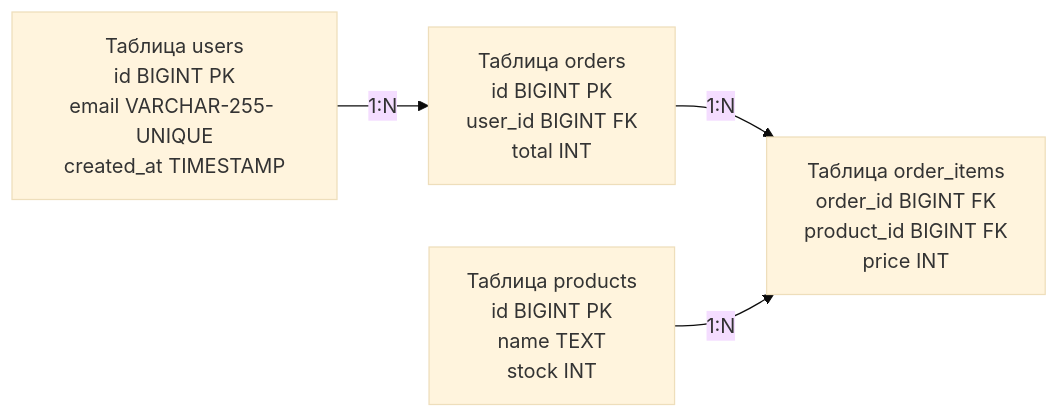
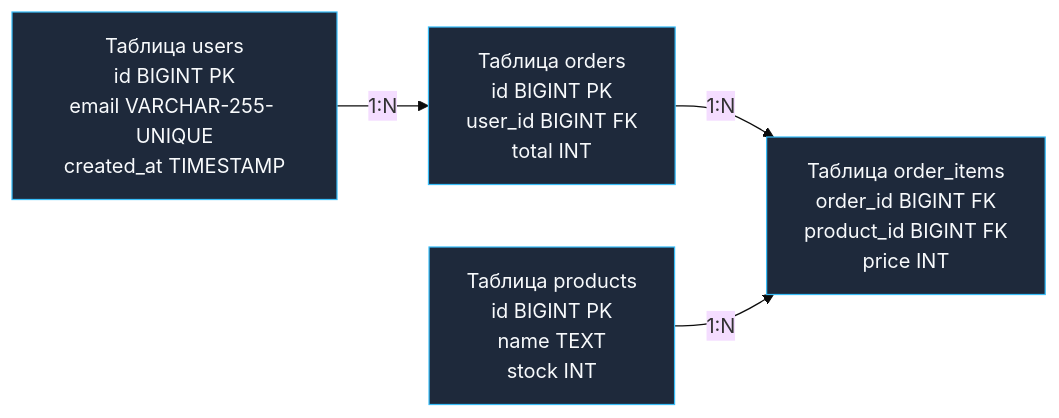
The diagram in sources/12. Базы данных/01. Введение и фундамент/15. ER диаграммы и моделирование данных.md (UnrealTemplier/go-textbook), drawn with Mermaid (base theme) before and after one commit. The commit also changed 1666 other files, not shown here.

First line of the commit message:
feat(mermaid): add semantic color classDef to 1369 colorless flowchart/graph diagrams

````diff
--- a/sources/12. Базы данных/01. Введение и фундамент/15. ER диаграммы и моделирование данных.md
+++ b/sources/12. Базы данных/01. Введение и фундамент/15. ER диаграммы и моделирование данных.md
@@ -67,11 +67,21 @@
 ```mermaid
 flowchart LR
-    Users["Таблица users<br>id BIGINT PK<br>email VARCHAR-255- UNIQUE<br>created_at TIMESTAMP"]
-    Orders["Таблица orders<br>id BIGINT PK<br>user_id BIGINT FK<br>total INT"]
-    OrderItems["Таблица order_items<br>order_id BIGINT FK<br>product_id BIGINT FK<br>price INT"]
-    Products["Таблица products<br>id BIGINT PK<br>name TEXT<br>stock INT"]
+    classDef process  fill:#1e293b,stroke:#38bdf8,stroke-width:1px,color:#f8fafc
+    classDef success  fill:#064e3b,stroke:#34d399,stroke-width:1px,color:#f8fafc
+    classDef error    fill:#7f1d1d,stroke:#f87171,stroke-width:1px,color:#f8fafc
+    classDef warning  fill:#78350f,stroke:#fbbf24,stroke-width:1px,color:#f8fafc
+    classDef entry    fill:#1e3a5f,stroke:#38bdf8,stroke-width:2px,color:#f8fafc
+    classDef aux      fill:#334155,stroke:#64748b,stroke-width:1px,color:#f8fafc
+    classDef system   fill:#312e81,stroke:#a78bfa,stroke-width:1px,color:#f8fafc
+    classDef data     fill:#132d29,stroke:#2dd4bf,stroke-width:1px,color:#f8fafc
+    classDef network  fill:#881337,stroke:#fb7185,stroke-width:1px,color:#f8fafc
+    classDef accent   fill:#1e1b4b,stroke:#818cf8,stroke-width:1px,color:#f8fafc
+    Users["Таблица users<br>id BIGINT PK<br>email VARCHAR-255- UNIQUE<br>created_at TIMESTAMP"]:::process
+    Orders["Таблица orders<br>id BIGINT PK<br>user_id BIGINT FK<br>total INT"]:::process
+    OrderItems["Таблица order_items<br>order_id BIGINT FK<br>product_id BIGINT FK<br>price INT"]:::process
+    Products["Таблица products<br>id BIGINT PK<br>name TEXT<br>stock INT"]:::process
 
     Users-->|1:N|Orders
     Orders-->|1:N|OrderItems
     Products-->|1:N|OrderItems
 ```
````
